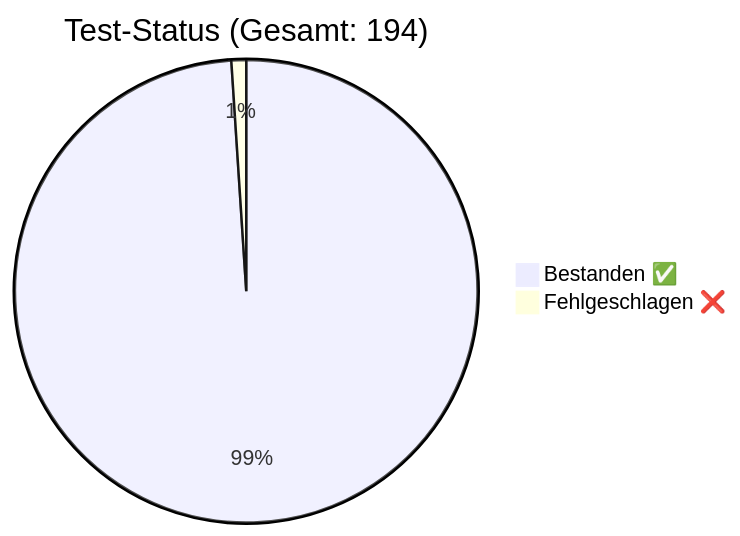
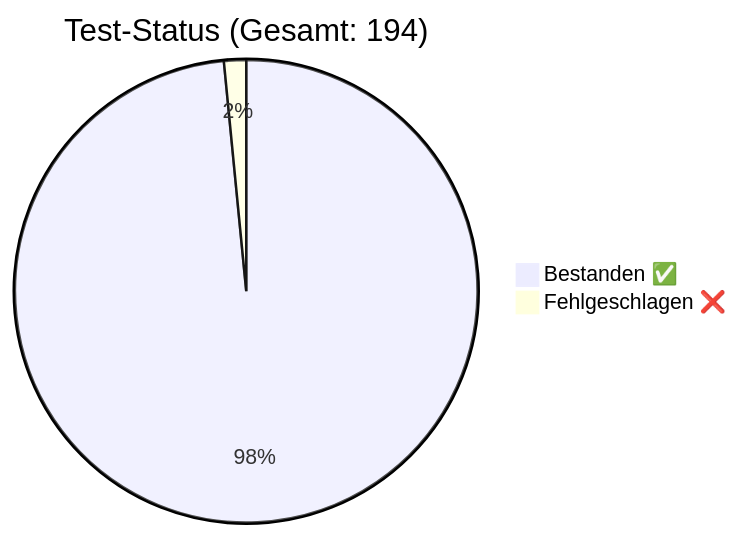
One commit to rorila/GCS changed the diagram in docs/QA_Report.md. Above: the diagram before and after it, drawn with Mermaid. The commit also changed other lines of this file and 20 other files, not shown here.

````diff
--- a/docs/QA_Report.md
+++ b/docs/QA_Report.md
@@ -7,5 +7,5 @@
 ```mermaid
 pie title Test-Status (Gesamt: 194)
-    "Bestanden ✅" : 192
-    "Fehlgeschlagen ❌" : 2
+    "Bestanden ✅" : 191
+    "Fehlgeschlagen ❌" : 3
 ```
````
